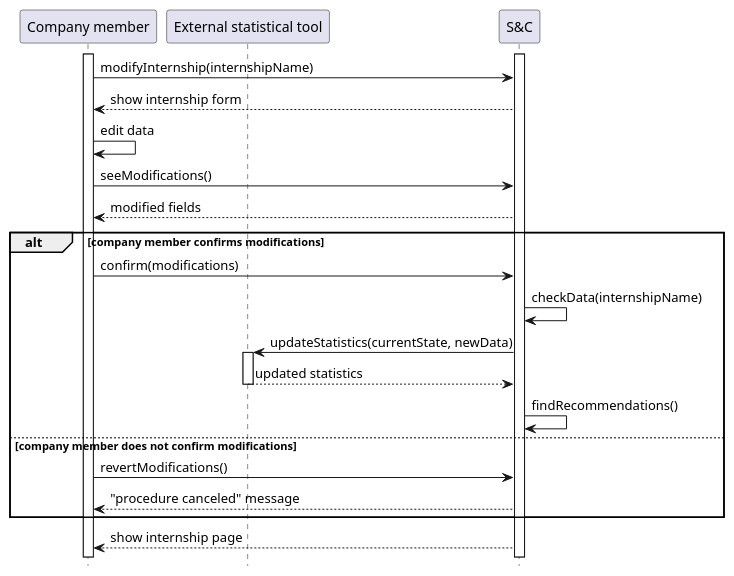
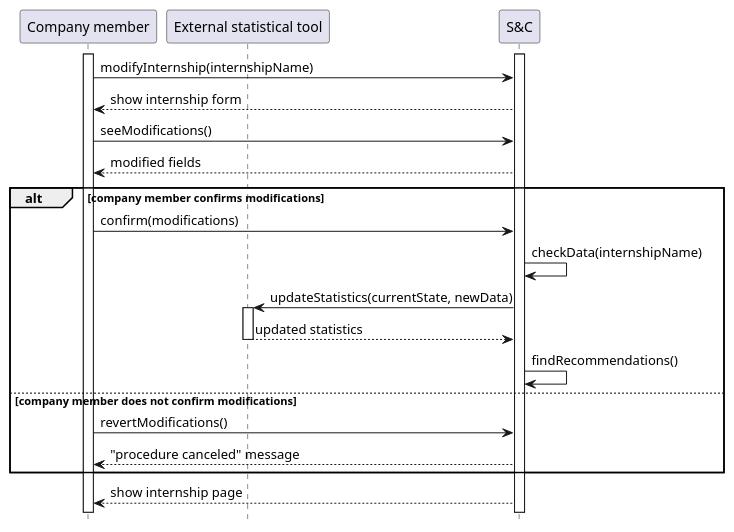
Before and after one commit to matti8702/R_and_DD_project_SE2: the diagram in RASD/Specific_requirements/uml_diagrams/UC6_diagram.puml, drawn with PlantUML. The commit also changed 2 other files, not shown here.

Commit message:
fix: fix use cases diagrams

```diff
--- a/RASD/Specific_requirements/uml_diagrams/UC6_diagram.puml
+++ b/RASD/Specific_requirements/uml_diagrams/UC6_diagram.puml
@@ -1,28 +1,27 @@
 @startuml UC6_diagram
 hide footbox
 
 participant "Company member" as CM
 participant "External statistical tool" AS EXT
 participant "S&C" AS S
 
 activate S
 activate CM
 CM -> S: modifyInternship(internshipName)
 S --> CM: show internship form
-CM -> CM: edit data
 CM -> S: seeModifications()
 S --> CM: modified fields
 alt company member confirms modifications
     CM -> S: confirm(modifications)
     S -> S: checkData(internshipName)
     S -> EXT: updateStatistics(currentState, newData)
     activate EXT
     EXT --> S: updated statistics
     deactivate EXT
     S -> S: findRecommendations()
 else company member does not confirm modifications
     CM -> S: revertModifications()
     S --> CM: "procedure canceled" message
 end
 S --> CM: show internship page
 @enduml
```
